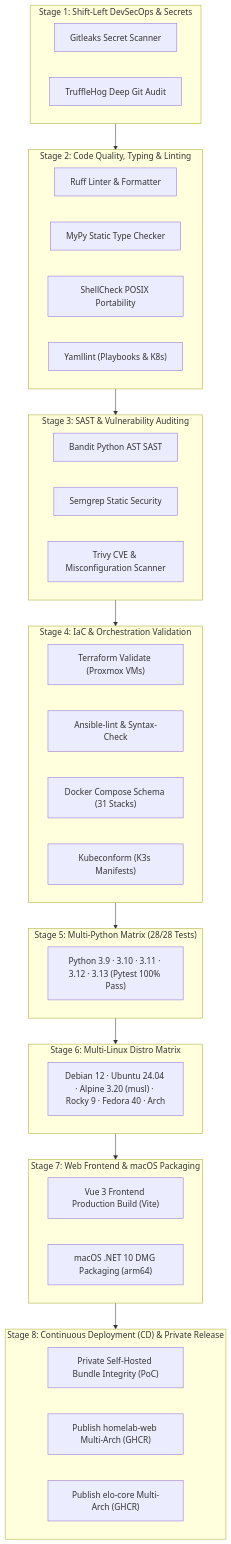
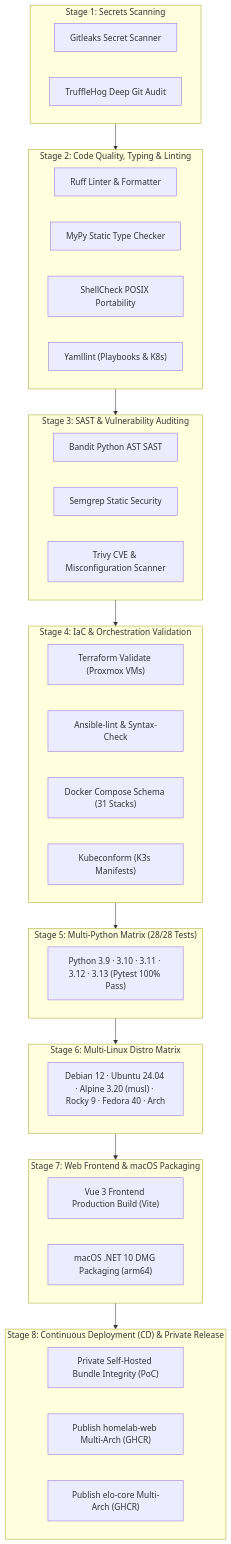
The fifth of 5 diagrams in README.md (stefanutc1/datacenter), drawn with Mermaid before and after one commit. The commit also changed other lines of this file and 17 other files, not shown here.

````diff
--- a/README.md
+++ b/README.md
@@ -384,48 +384,48 @@
 ```mermaid
 graph TD
-    subgraph STAGE1["Stage 1: Shift-Left DevSecOps & Secrets"]
+    subgraph STAGE1["Stage 1: Secrets Scanning"]
         Gitleaks["Gitleaks Secret Scanner"]
         TruffleHog["TruffleHog Deep Git Audit"]
     end
 
     subgraph STAGE2["Stage 2: Code Quality, Typing & Linting"]
         Ruff["Ruff Linter & Formatter"]
         MyPy["MyPy Static Type Checker"]
         ShellCheck["ShellCheck POSIX Portability"]
         Yamllint["Yamllint (Playbooks & K8s)"]
     end
 
     subgraph STAGE3["Stage 3: SAST & Vulnerability Auditing"]
         Bandit["Bandit Python AST SAST"]
         Semgrep["Semgrep Static Security"]
         Trivy["Trivy CVE & Misconfiguration Scanner"]
     end
 
     subgraph STAGE4["Stage 4: IaC & Orchestration Validation"]
         Terraform["Terraform Validate (Proxmox VMs)"]
         Ansible["Ansible-lint & Syntax-Check"]
         Compose["Docker Compose Schema (31 Stacks)"]
         Kubeconform["Kubeconform (K3s Manifests)"]
     end
 
     subgraph STAGE5["Stage 5: Multi-Python Matrix (28/28 Tests)"]
         PyMatrix["Python 3.9 · 3.10 · 3.11 · 3.12 · 3.13 (Pytest 100% Pass)"]
     end
 
     subgraph STAGE6["Stage 6: Multi-Linux Distro Matrix"]
         DistroMatrix["Debian 12 · Ubuntu 24.04 · Alpine 3.20 (musl) · Rocky 9 · Fedora 40 · Arch"]
     end
 
     subgraph STAGE7["Stage 7: Web Frontend & macOS Packaging"]
         ViteBuild["Vue 3 Frontend Production Build (Vite)"]
         MacDMG["macOS .NET 10 DMG Packaging (arm64)"]
     end
 
     subgraph STAGE8["Stage 8: Continuous Deployment (CD) & Private Release"]
         PrivateBundle["Private Self-Hosted Bundle Integrity (PoC)"]
         GHCRWeb["Publish homelab-web Multi-Arch (GHCR)"]
         GHCRElo["Publish elo-core Multi-Arch (GHCR)"]
     end
 
     STAGE1 --> STAGE2 --> STAGE3 --> STAGE4 --> STAGE5 --> STAGE6 --> STAGE7 --> STAGE8
 ```
````
